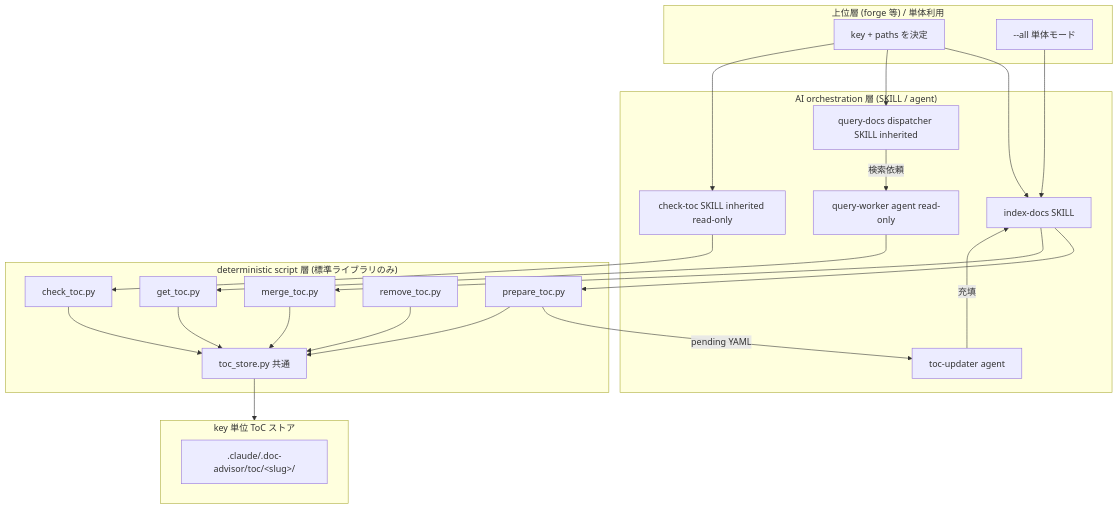
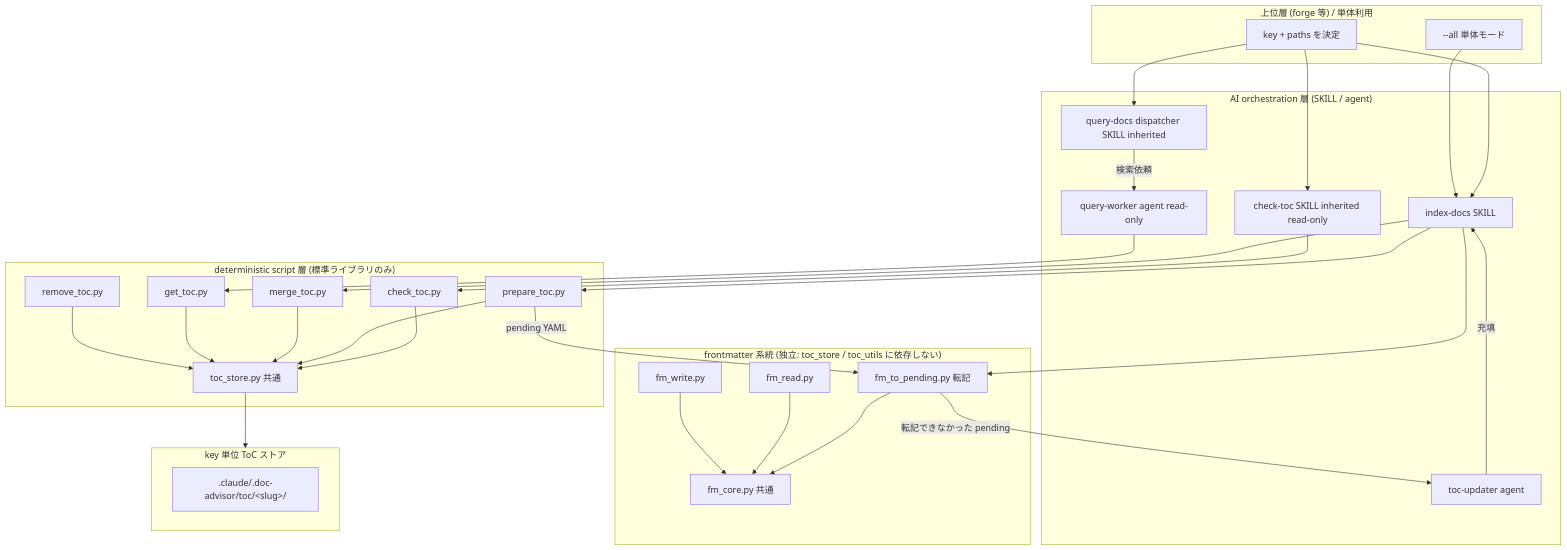
The first of 7 diagrams in docs/specs/base/design/DES-005_toc_generation_flow.md (BlueEventHorizon/DocAdvisor-CC), drawn with Mermaid before and after one commit. The commit also changed other lines of this file and 3 other files, not shown here.

````diff
--- a/docs/specs/base/design/DES-005_toc_generation_flow.md
+++ b/docs/specs/base/design/DES-005_toc_generation_flow.md
@@ -29,46 +29,58 @@
 ```mermaid
 flowchart TB
     subgraph Upper["上位層 (forge 等) / 単体利用"]
         U1[key + paths を決定]
         U2[--all 単体モード]
     end
 
     subgraph AI["AI orchestration 層 (SKILL / agent)"]
         S1[index-docs SKILL]
         S2[query-docs dispatcher SKILL inherited]
         S3[check-toc SKILL inherited read-only]
         A1[toc-updater agent]
         A2[query-worker agent read-only]
     end
 
     subgraph Det["deterministic script 層 (標準ライブラリのみ)"]
         P1[prepare_toc.py]
         P2[merge_toc.py]
         P3[get_toc.py]
         P4[remove_toc.py]
         P5[check_toc.py]
         C1[toc_store.py 共通]
     end
 
+    subgraph FM["frontmatter 系統 (独立: toc_store / toc_utils に依存しない)"]
+        F1[fm_to_pending.py 転記]
+        F2[fm_read.py]
+        F3[fm_write.py]
+        F0[fm_core.py 共通]
+    end
+
     subgraph Store["key 単位 ToC ストア"]
         ST[.claude/.doc-advisor/toc/&lt;slug&gt;/]
     end
 
     U1 --> S1
     U2 --> S1
     U1 --> S2
     U1 --> S3
     S3 --> P5
     P5 --> C1
     S1 --> P1
-    P1 -->|pending YAML| A1
+    S1 --> F1
+    P1 -->|pending YAML| F1
+    F1 -->|転記できなかった pending| A1
+    F1 --> F0
+    F2 --> F0
+    F3 --> F0
     A1 -->|充填| S1
     S1 --> P2
     S2 -->|検索依頼| A2
     A2 --> P3
     P1 --> C1
     P2 --> C1
     P3 --> C1
     P4 --> C1
     C1 --> Store
 ```
````
